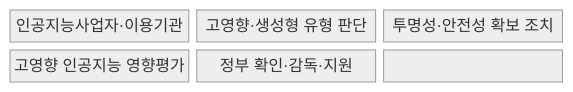
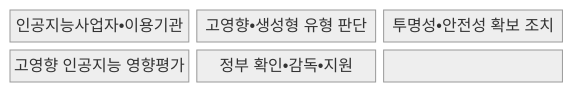
The first of 2 diagrams in src/content/docs/notes/07-law-policy/028_ai_basic_act.md (agnusdei1207/knowledge-base), drawn with Mermaid (neutral theme) before and after one commit. The commit also changed other lines of this file and 953 other files, not shown here.

````diff
--- a/src/content/docs/notes/07-law-policy/028_ai_basic_act.md
+++ b/src/content/docs/notes/07-law-policy/028_ai_basic_act.md
@@ -69,11 +69,11 @@
 ```mermaid
 block-beta
   columns 3
-  N0["인공지능사업자·이용기관"]
-  N1["고영향·생성형 유형 판단"]
-  N2["투명성·안전성 확보 조치"]
+  N0["인공지능사업자•이용기관"]
+  N1["고영향•생성형 유형 판단"]
+  N2["투명성•안전성 확보 조치"]
   N3["고영향 인공지능 영향평가"]
-  N4["정부 확인·감독·지원"]
+  N4["정부 확인•감독•지원"]
   N0 --- N1 --- N2
   N2 --- N3 --- N4
 ```
````
